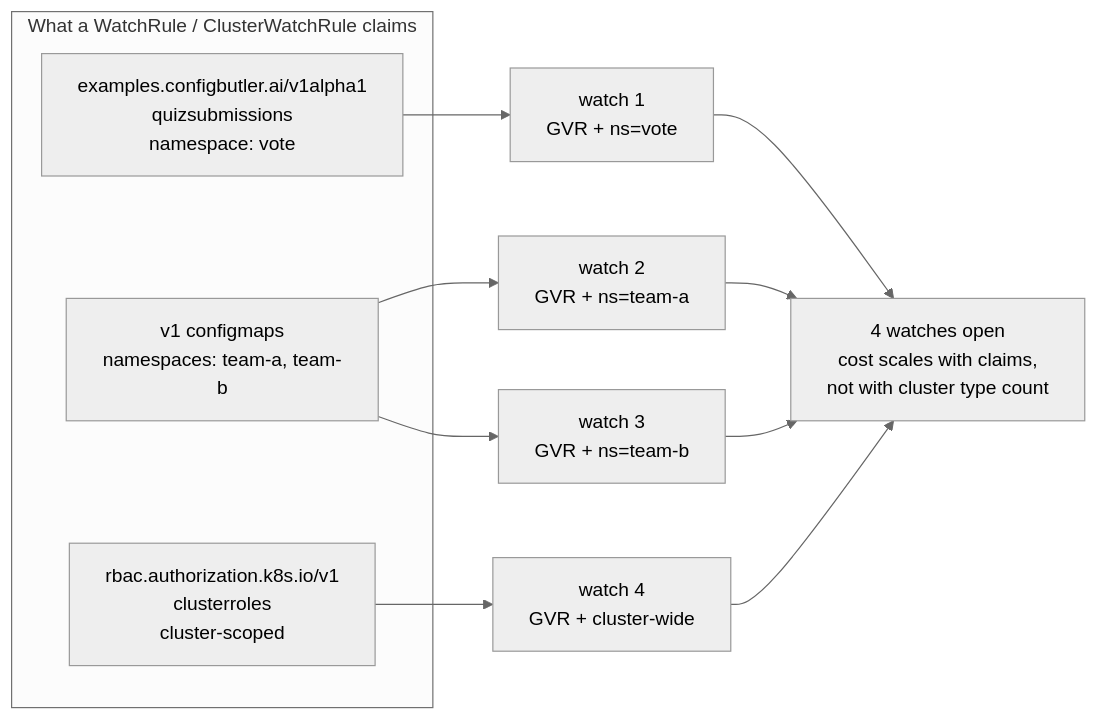
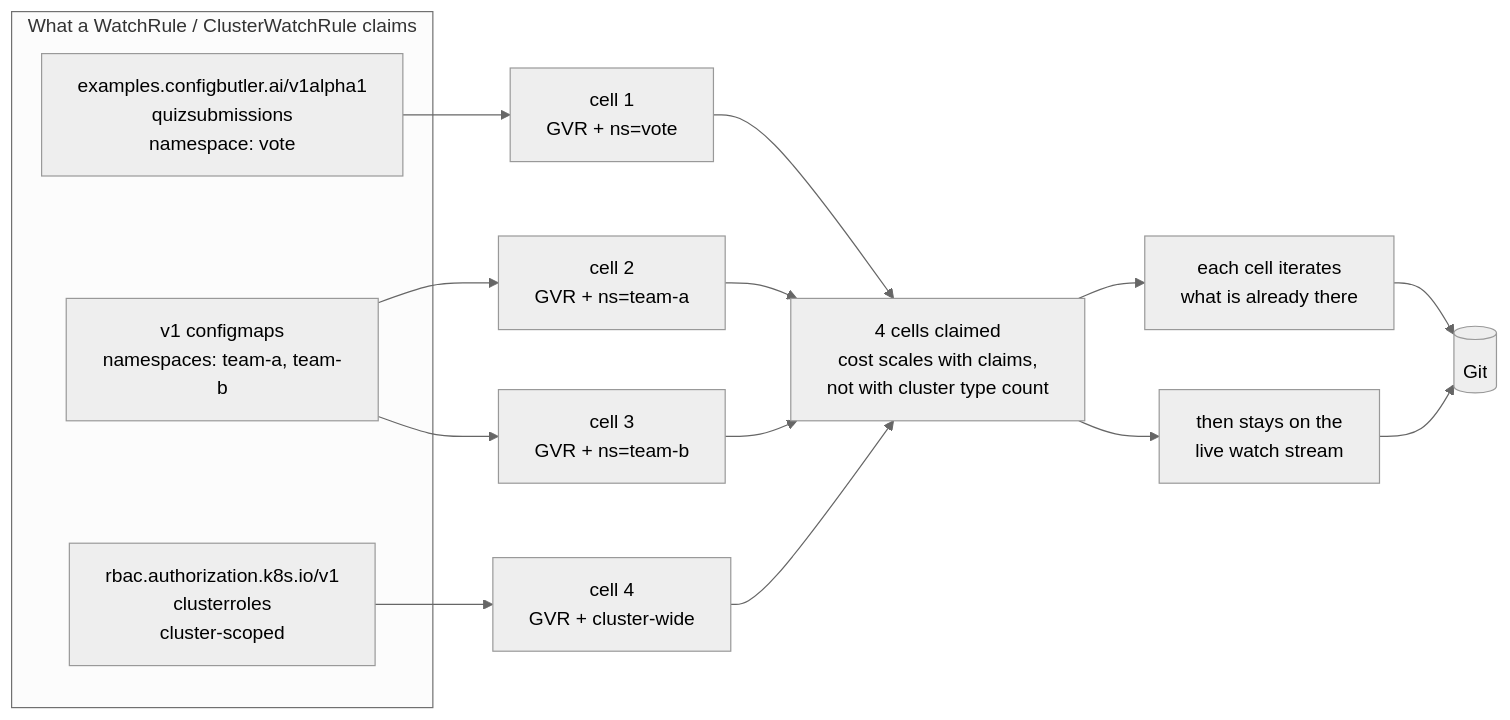
The first of 5 diagrams in docs/gitops-reverser-input.md (reverse-gitops/talks), drawn with Mermaid (neutral theme) before and after one commit. The commit also changed other lines of this file and 4 other files, not shown here.

````diff
--- a/docs/gitops-reverser-input.md
+++ b/docs/gitops-reverser-input.md
@@ -21,18 +164,23 @@
 ```mermaid
 flowchart LR
   subgraph claims["What a WatchRule / ClusterWatchRule claims"]
     R1["examples.configbutler.ai/v1alpha1<br/>quizsubmissions<br/>namespace: vote"]
     R2["v1 configmaps<br/>namespaces: team-a, team-b"]
     R3["rbac.authorization.k8s.io/v1<br/>clusterroles<br/>cluster-scoped"]
   end
 
-  R1 --> W1["watch 1<br/>GVR + ns=vote"]
-  R2 --> W2["watch 2<br/>GVR + ns=team-a"]
-  R2 --> W3["watch 3<br/>GVR + ns=team-b"]
-  R3 --> W4["watch 4<br/>GVR + cluster-wide"]
+  R1 --> W1["cell 1<br/>GVR + ns=vote"]
+  R2 --> W2["cell 2<br/>GVR + ns=team-a"]
+  R2 --> W3["cell 3<br/>GVR + ns=team-b"]
+  R3 --> W4["cell 4<br/>GVR + cluster-wide"]
 
-  W1 --> SRC["4 watches open<br/>cost scales with claims,<br/>not with cluster type count"]
+  W1 --> SRC["4 cells claimed<br/>cost scales with claims,<br/>not with cluster type count"]
   W2 --> SRC
   W3 --> SRC
   W4 --> SRC
+
+  SRC --> ITER["each cell iterates<br/>what is already there"]
+  SRC --> STREAM["then stays on the<br/>live watch stream"]
+  ITER --> GIT[("Git")]
+  STREAM --> GIT
 ```
````
